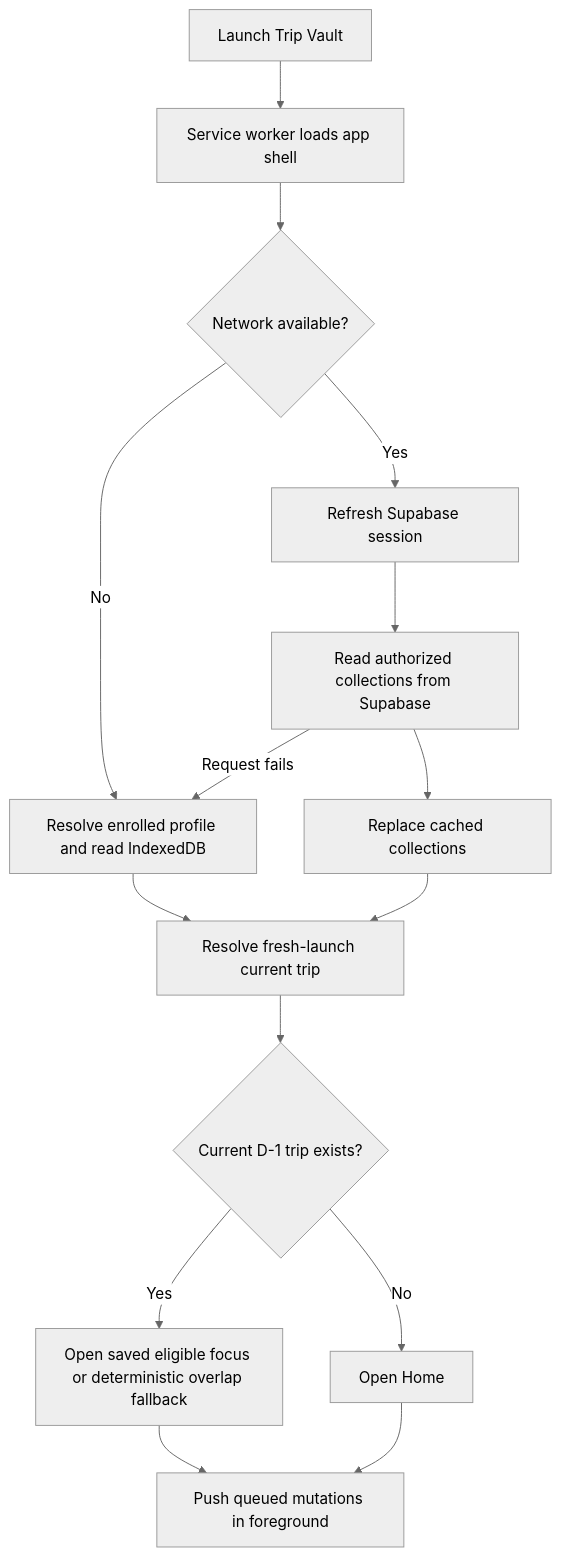
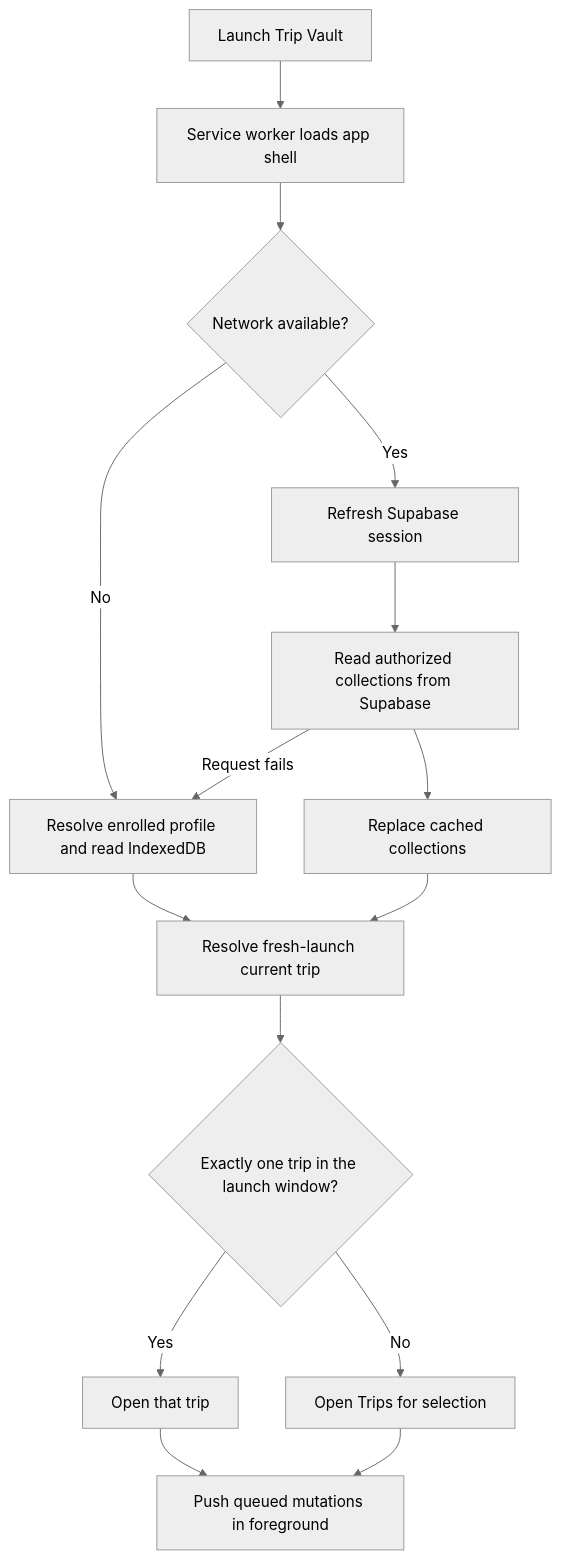
Before and after one commit to shantanu1258/trip-vault: the third of 4 diagrams in docs/HIGH_LEVEL_DESIGN.md, drawn with Mermaid (neutral theme). The commit also changed other lines of this file and 7 other files, not shown here.

````diff
--- a/docs/HIGH_LEVEL_DESIGN.md
+++ b/docs/HIGH_LEVEL_DESIGN.md
@@ -252,17 +260,17 @@
 ```mermaid
 flowchart TD
     A[Launch Trip Vault] --> B[Service worker loads app shell]
     B --> C{Network available?}
     C -- No --> D[Resolve enrolled profile and read IndexedDB]
     C -- Yes --> E[Refresh Supabase session]
     E --> F[Read authorized collections from Supabase]
     F --> G[Replace cached collections]
     F -- Request fails --> D
     D --> H[Resolve fresh-launch current trip]
     G --> H
-    H --> J{Current D-1 trip exists?}
-    J -- Yes --> K[Open saved eligible focus or deterministic overlap fallback]
-    J -- No --> L[Open Home]
+    H --> J{Exactly one trip in the launch window?}
+    J -- Yes --> K[Open that trip]
+    J -- No --> L[Open Trips for selection]
     K --> I[Push queued mutations in foreground]
     L --> I
 ```
````
